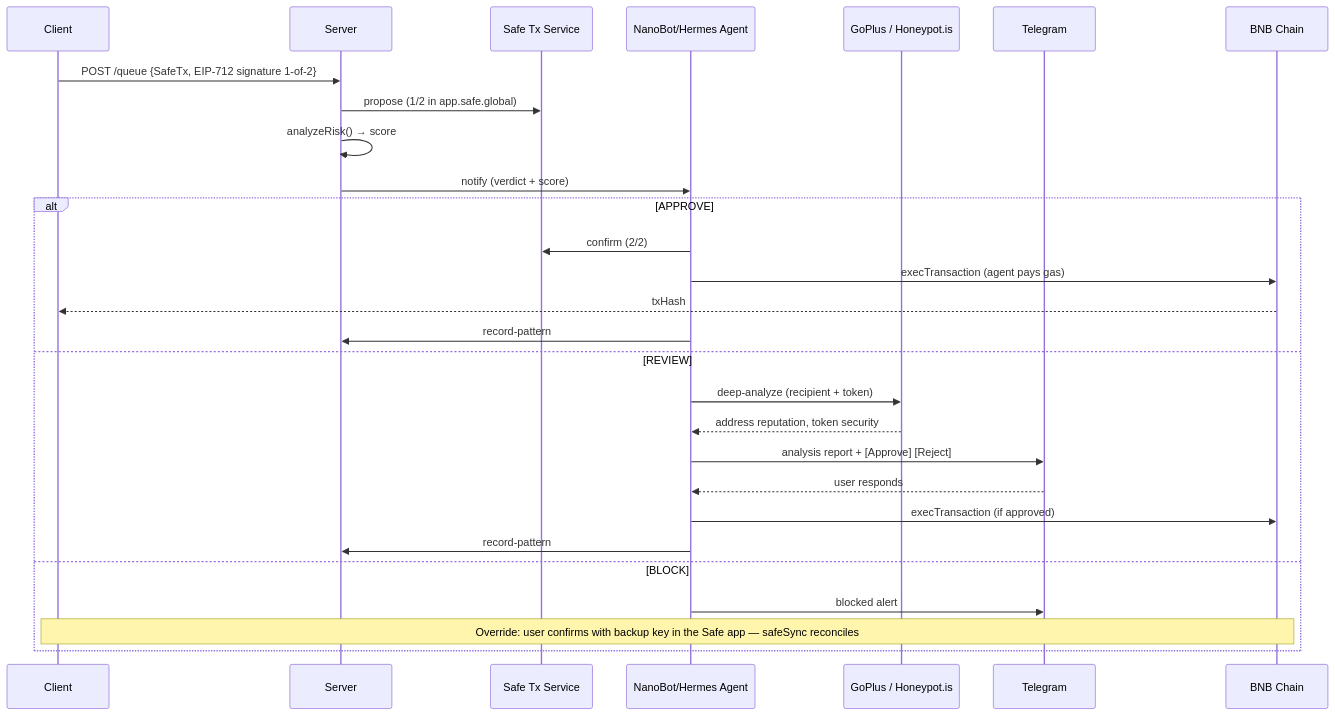
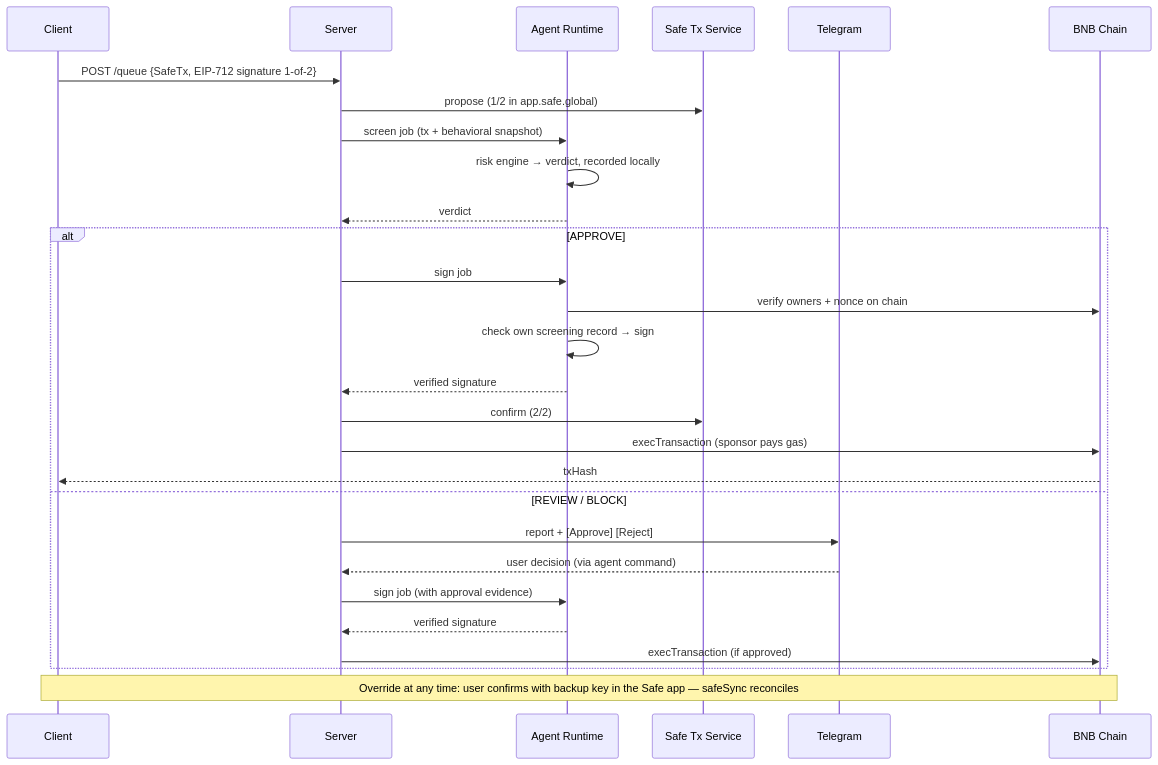
One commit to zhentanme/zhentan changed the second of 2 diagrams in docs/technology/architecture.mdx. Above: the diagram before and after it, drawn with Mermaid. The commit also changed other lines of this file and 14 other files, not shown here.

````diff
--- a/docs/technology/architecture.mdx
+++ b/docs/technology/architecture.mdx
@@ -64,31 +73,31 @@
 ```mermaid
 sequenceDiagram
     participant C as Client
     participant S as Server
+    participant RT as Agent Runtime
     participant TS as Safe Tx Service
-    participant OC as NanoBot/Hermes Agent
-    participant EXT as GoPlus / Honeypot.is
     participant TG as Telegram
     participant BC as BNB Chain
 
     C->>S: POST /queue {SafeTx, EIP-712 signature 1-of-2}
     S->>TS: propose (1/2 in app.safe.global)
-    S->>S: analyzeRisk() → score
-    S->>OC: notify (verdict + score)
+    S->>RT: screen job (tx + behavioral snapshot)
+    RT->>RT: risk engine → verdict, recorded locally
+    RT-->>S: verdict
     alt APPROVE
-        OC->>TS: confirm (2/2)
-        OC->>BC: execTransaction (agent pays gas)
+        S->>RT: sign job
+        RT->>BC: verify owners + nonce on chain
+        RT->>RT: check own screening record → sign
+        RT-->>S: verified signature
+        S->>TS: confirm (2/2)
+        S->>BC: execTransaction (sponsor pays gas)
         BC-->>C: txHash
-        OC->>S: record-pattern
-    else REVIEW
-        OC->>EXT: deep-analyze (recipient + token)
-        EXT-->>OC: address reputation, token security
-        OC->>TG: analysis report + [Approve] [Reject]
-        TG-->>OC: user responds
-        OC->>BC: execTransaction (if approved)
-        OC->>S: record-pattern
-    else BLOCK
-        OC->>TG: blocked alert
-        Note over C,BC: Override: user confirms with backup key in the Safe app — safeSync reconciles
+    else REVIEW / BLOCK
+        S->>TG: report + [Approve] [Reject]
+        TG-->>S: user decision (via agent command)
+        S->>RT: sign job (with approval evidence)
+        RT-->>S: verified signature
+        S->>BC: execTransaction (if approved)
     end
+    Note over C,BC: Override at any time: user confirms with backup key in the Safe app — safeSync reconciles
 ```
````
